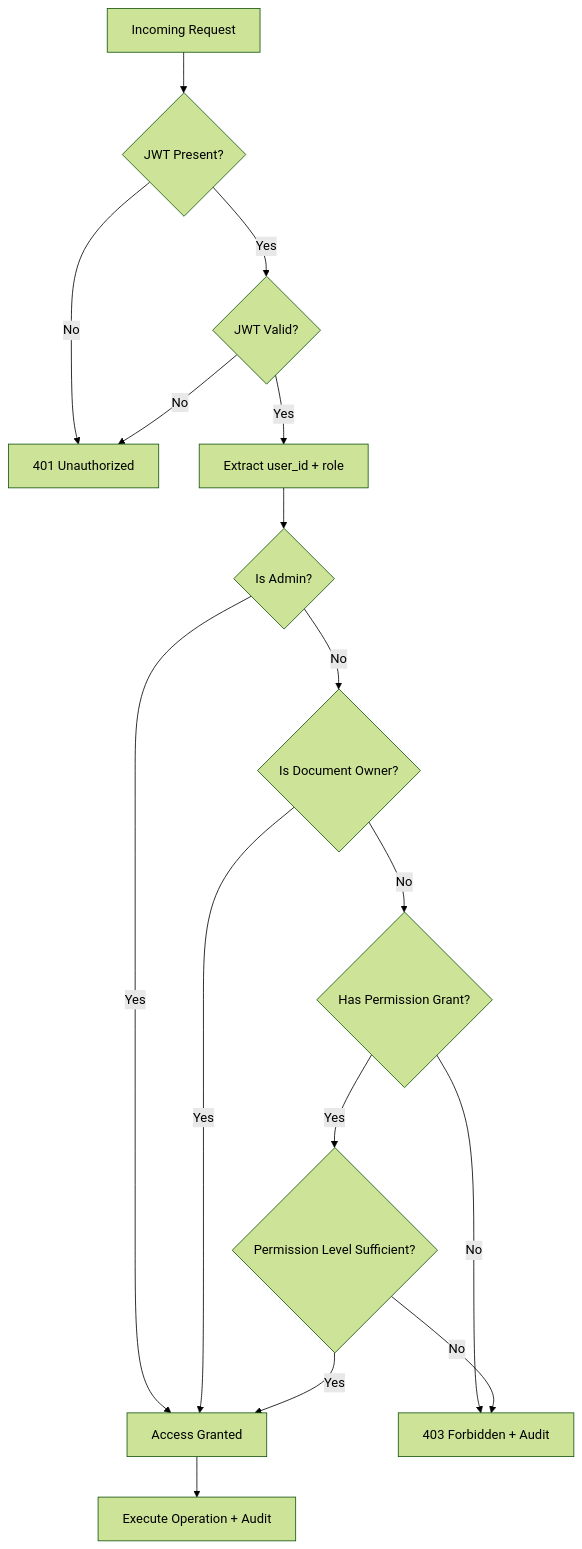
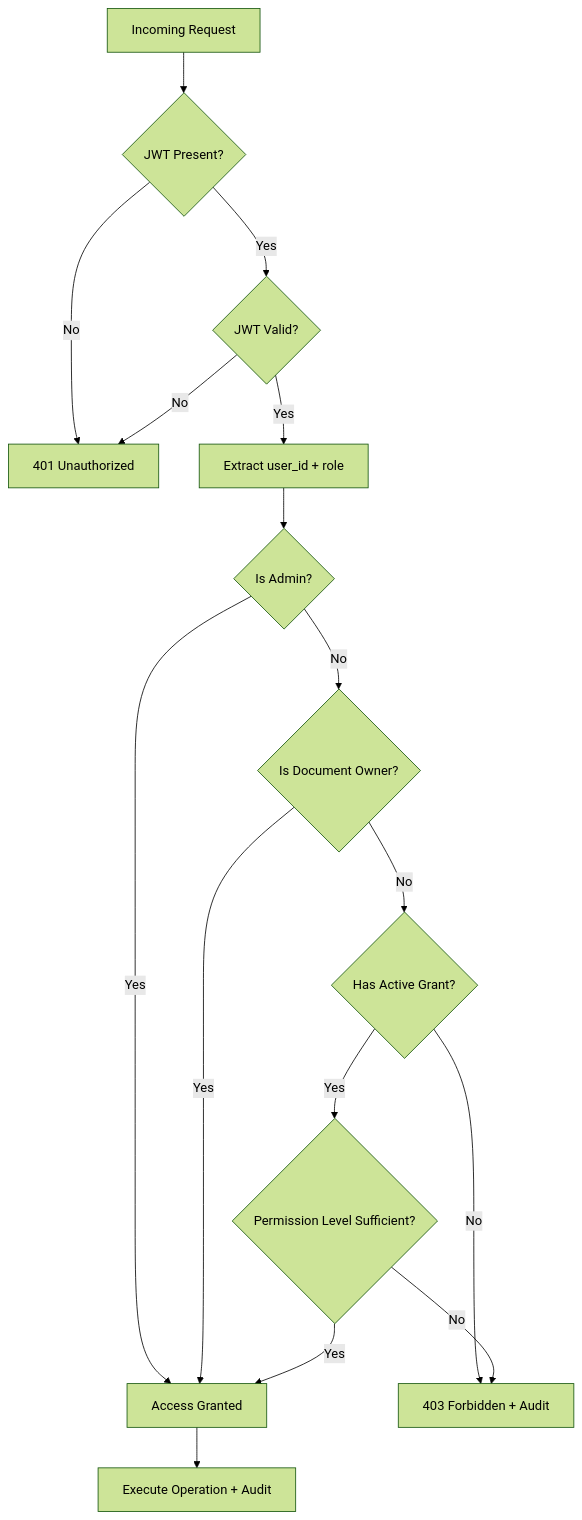
The third of 4 diagrams in docs/ARCHITECTURE.md (saisankeerth27/TrustVault), drawn with Mermaid (forest theme) before and after one commit. The commit also changed other lines of this file and 33 other files, not shown here.

First line of the commit message:
feat(db): implement database schema and migrations

````diff
--- a/docs/ARCHITECTURE.md
+++ b/docs/ARCHITECTURE.md
@@ -219,18 +245,18 @@
 ```mermaid
 flowchart TD
     A[Incoming Request] --> B{JWT Present?}
     B -->|No| C[401 Unauthorized]
     B -->|Yes| D{JWT Valid?}
     D -->|No| C
     D -->|Yes| E[Extract user_id + role]
     E --> F{Is Admin?}
     F -->|Yes| G[Access Granted]
     F -->|No| H{Is Document Owner?}
     H -->|Yes| G
-    H -->|No| I{Has Permission Grant?}
+    H -->|No| I{Has Active Grant?}
     I -->|No| J[403 Forbidden + Audit]
     I -->|Yes| K{Permission Level Sufficient?}
     K -->|No| J
     K -->|Yes| G
     G --> L[Execute Operation + Audit]
 ```
````
